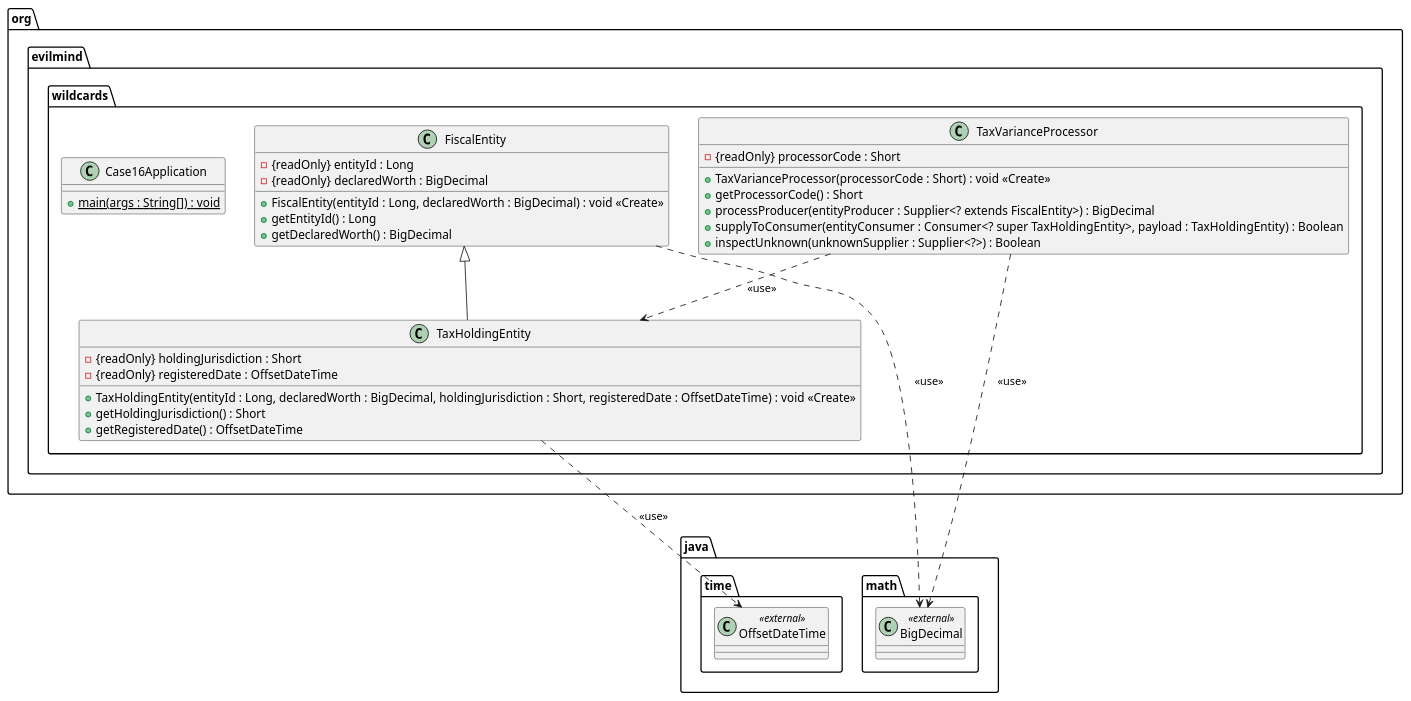
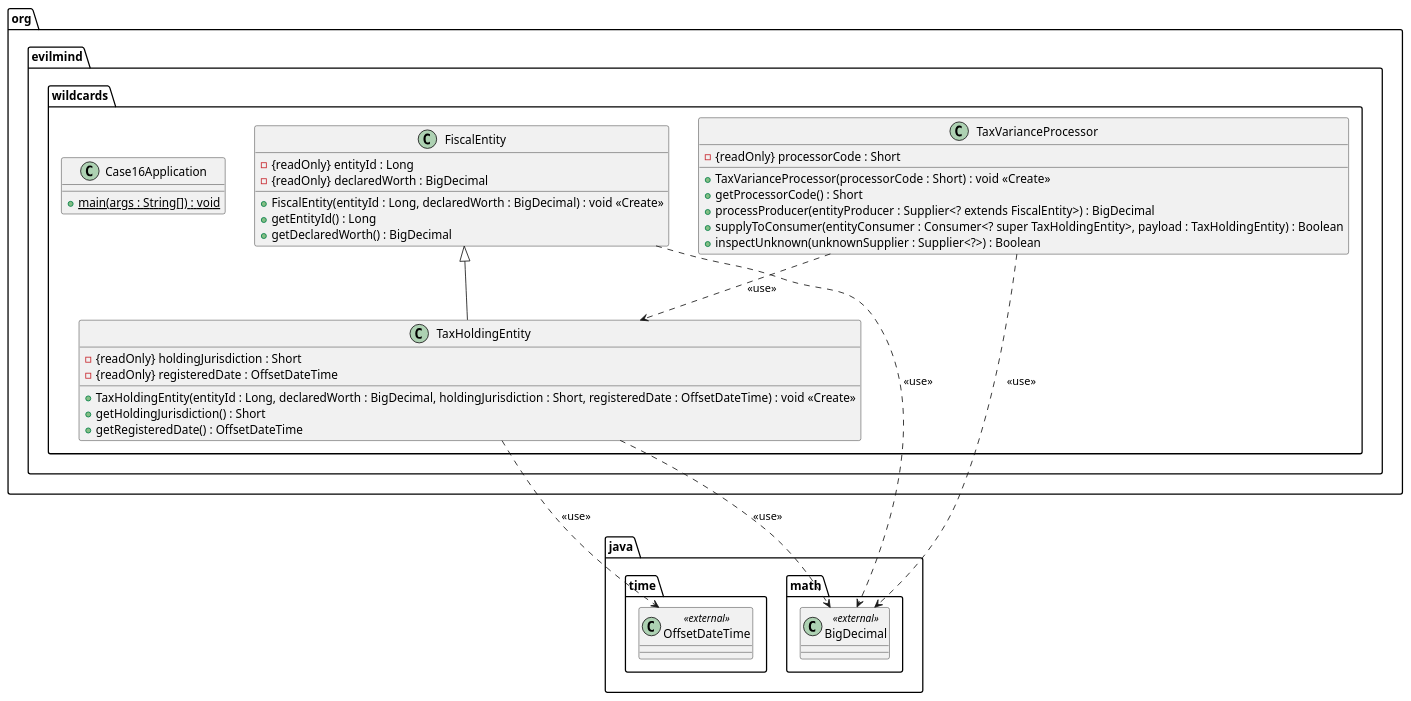
The diagram in casos-generador/caso_16/src/clases.puml (Pololo06/ProyectParser), drawn with PlantUML before and after one commit. The commit also changed 21 other files, not shown here.

```diff
--- a/casos-generador/caso_16/src/clases.puml
+++ b/casos-generador/caso_16/src/clases.puml
@@ -1,48 +1,49 @@
 @startuml
 
 package java.time {
     class OffsetDateTime <<external>> {
     }
 }
 
 package org.evilmind.wildcards {
     class TaxHoldingEntity {
     -  {readOnly} holdingJurisdiction : Short
     -  {readOnly} registeredDate : OffsetDateTime
     +  TaxHoldingEntity(entityId : Long, declaredWorth : BigDecimal, holdingJurisdiction : Short, registeredDate : OffsetDateTime) : void <<Create>>
     +  getHoldingJurisdiction() : Short
     +  getRegisteredDate() : OffsetDateTime
     }
     class FiscalEntity {
     -  {readOnly} entityId : Long
     -  {readOnly} declaredWorth : BigDecimal
     +  FiscalEntity(entityId : Long, declaredWorth : BigDecimal) : void <<Create>>
     +  getEntityId() : Long
     +  getDeclaredWorth() : BigDecimal
     }
     class TaxVarianceProcessor {
     -  {readOnly} processorCode : Short
     +  TaxVarianceProcessor(processorCode : Short) : void <<Create>>
     +  getProcessorCode() : Short
     +  processProducer(entityProducer : Supplier<? extends FiscalEntity>) : BigDecimal
     +  supplyToConsumer(entityConsumer : Consumer<? super TaxHoldingEntity>, payload : TaxHoldingEntity) : Boolean
     +  inspectUnknown(unknownSupplier : Supplier<?>) : Boolean
     }
     class Case16Application {
     +  {static} main(args : String[]) : void
     }
 }
 
 package java.math {
     class BigDecimal <<external>> {
     }
 }
 
 ' --- Grafo de relaciones ---
 org.evilmind.wildcards.FiscalEntity <|-- org.evilmind.wildcards.TaxHoldingEntity
 org.evilmind.wildcards.TaxHoldingEntity ..> java.time.OffsetDateTime : <<use>>
 org.evilmind.wildcards.FiscalEntity ..> java.math.BigDecimal : <<use>>
+org.evilmind.wildcards.TaxHoldingEntity ..> java.math.BigDecimal : <<use>>
 org.evilmind.wildcards.TaxVarianceProcessor ..> java.math.BigDecimal : <<use>>
 org.evilmind.wildcards.TaxVarianceProcessor ..> org.evilmind.wildcards.TaxHoldingEntity : <<use>>
 
 @enduml
```
